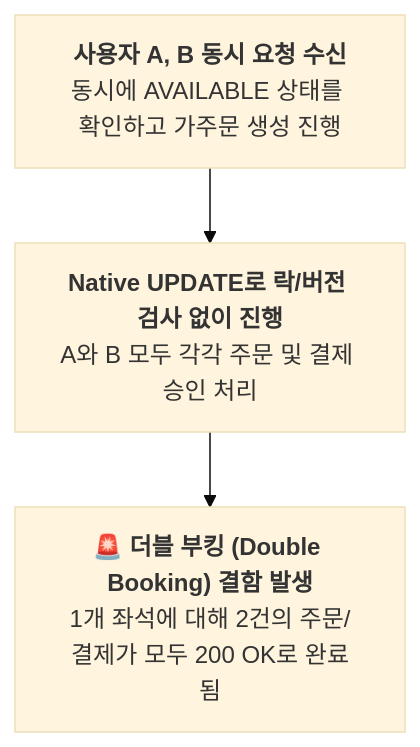
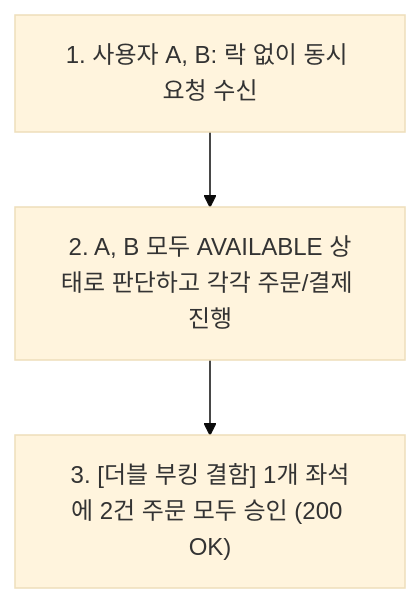
One commit to kikimansong/ticket-stream-v1 changed the fourth of 4 diagrams in README.md. Above: the diagram before and after it, drawn with Mermaid (base theme). The commit also changed other lines of this file and 1 other file, not shown here.

````diff
--- a/README.md
+++ b/README.md
@@ -191,6 +191,6 @@
 ```mermaid
 flowchart TD
-    N1["<b>사용자 A, B 동시 요청 수신</b><br/>동시에 AVAILABLE 상태를 확인하고 가주문 생성 진행"]
-    --> N2["<b>Native UPDATE로 락/버전 검사 없이 진행</b><br/>A와 B 모두 각각 주문 및 결제 승인 처리"]
-    --> N3["<b>🚨 더블 부킹 (Double Booking) 결함 발생</b><br/>1개 좌석에 대해 2건의 주문/결제가 모두 200 OK로 완료됨"]
+    N1["1. 사용자 A, B: 락 없이 동시 요청 수신"]
+    --> N2["2. A, B 모두 AVAILABLE 상태로 판단하고 각각 주문/결제 진행"]
+    --> N3["3. [더블 부킹 결함] 1개 좌석에 2건 주문 모두 승인 (200 OK)"]
 ```
````
